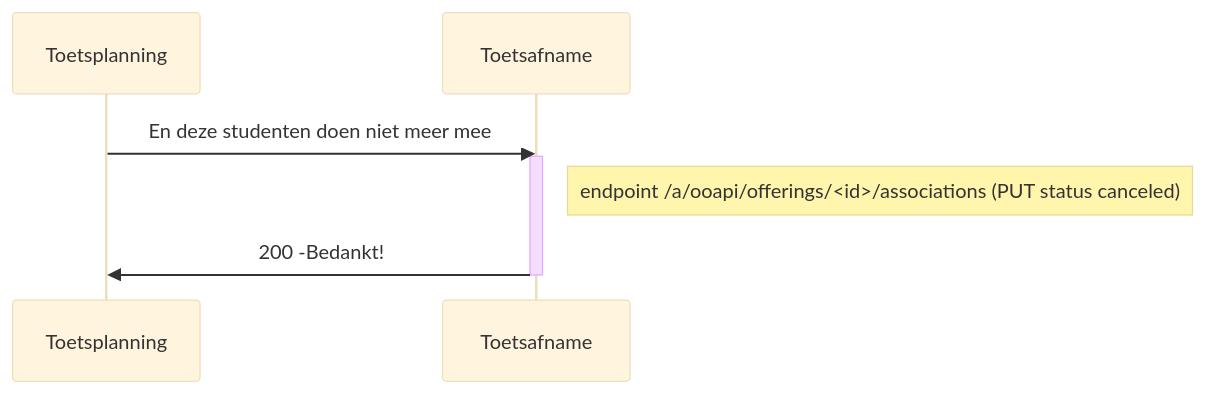
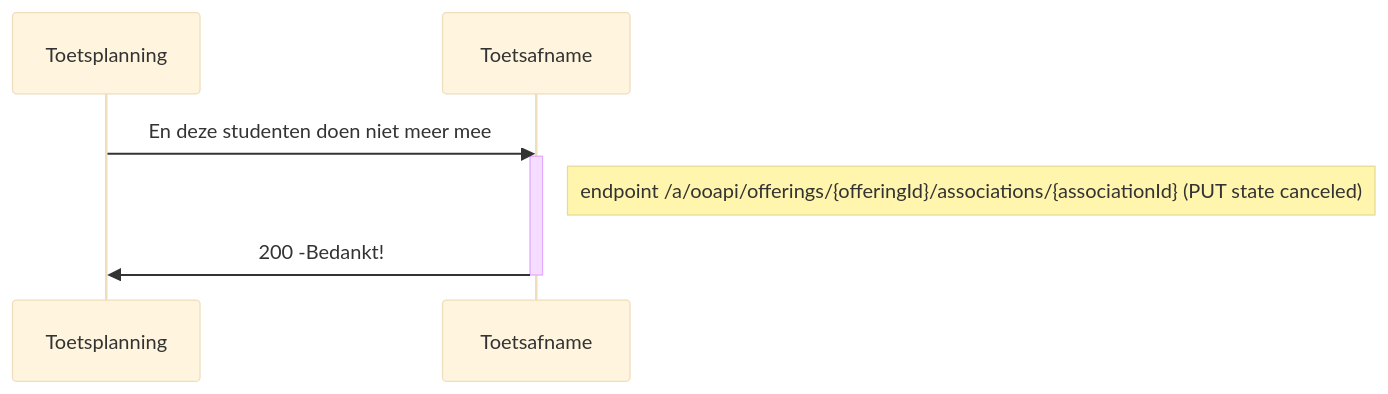
One commit to NetwerkExamineringDigitalisering/NED-OOAPI changed the sixth of 8 diagrams in doc/flow2.md. Above: the diagram before and after it, drawn with Mermaid (base theme). The commit also changed other lines of this file, not shown here.

First line of the commit message:
Update flow2.md

````diff
--- a/doc/flow2.md
+++ b/doc/flow2.md
@@ -236,8 +236,8 @@
 ```mermaid
 sequenceDiagram
     Toetsplanning->>Toetsafname: En deze studenten doen niet meer mee
     activate Toetsafname
-    Note right of Toetsafname: endpoint /a/ooapi/offerings/<id>/associations (PUT status canceled)
+    Note right of Toetsafname: endpoint /a/ooapi/offerings/{offeringId}/associations/{associationId} (PUT state canceled)
     Toetsafname->>Toetsplanning: 200 -Bedankt!
     deactivate Toetsafname
 ```
````
